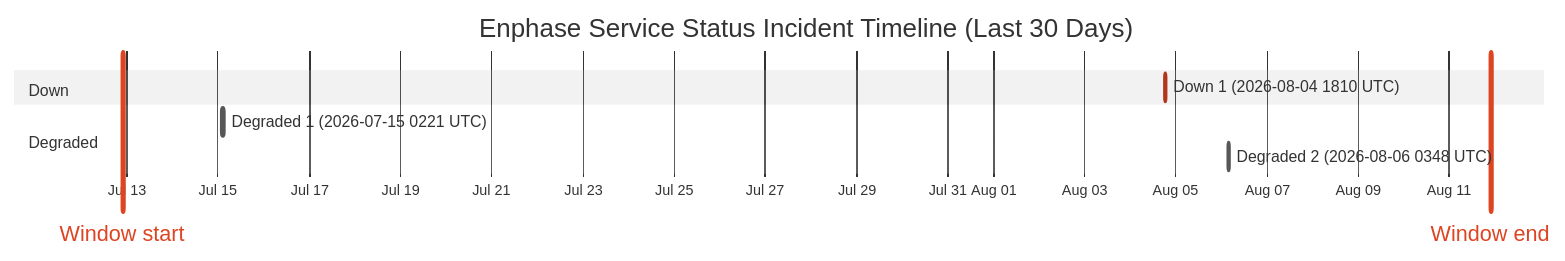
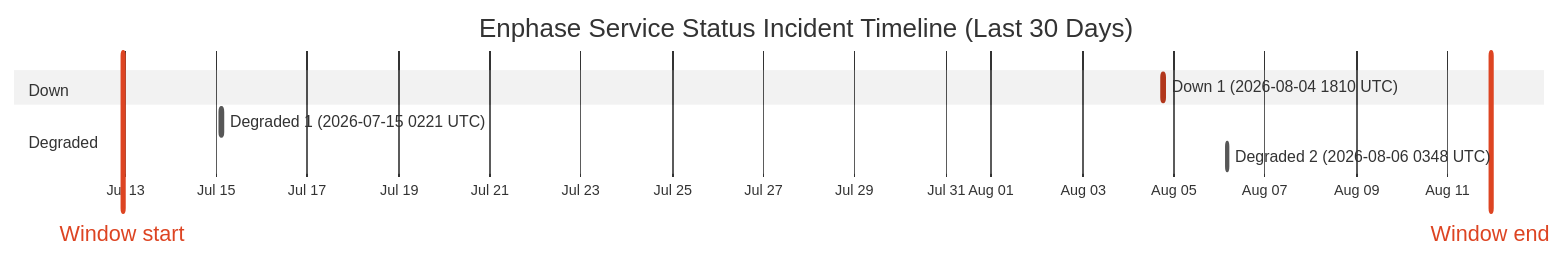
One commit to barneyonline/ha-enphase-energy changed the diagram in wiki/Service-Status-History.md. Above: the diagram before and after it, drawn with Mermaid (neutral theme). The commit also changed other lines of this file and 3 other files, not shown here.

````diff
--- a/wiki/Service-Status-History.md
+++ b/wiki/Service-Status-History.md
@@ -14,13 +14,13 @@
 ```mermaid
 gantt
     title Enphase Service Status Incident Timeline (Last 30 Days)
     dateFormat  YYYY-MM-DDTHH:mm:ss
     axisFormat  %b %d
-    Window start :vert, window-start, 2026-07-12T21:43:15, 0ms
-    Window end :vert, window-end, 2026-08-11T21:43:15, 0ms
+    Window start :vert, window-start, 2026-07-12T22:39:06, 0ms
+    Window end :vert, window-end, 2026-08-11T22:39:06, 0ms
     section Down
     Down 1 (2026-08-04 1810 UTC) :crit, down-1, 2026-08-04T18:10:46, 60m
     section Degraded
     Degraded 1 (2026-07-15 0221 UTC) :active, degraded-1, 2026-07-15T02:21:35, 60m
     Degraded 2 (2026-08-06 0348 UTC) :active, degraded-2, 2026-08-06T03:48:14, 60m
 ```
````
